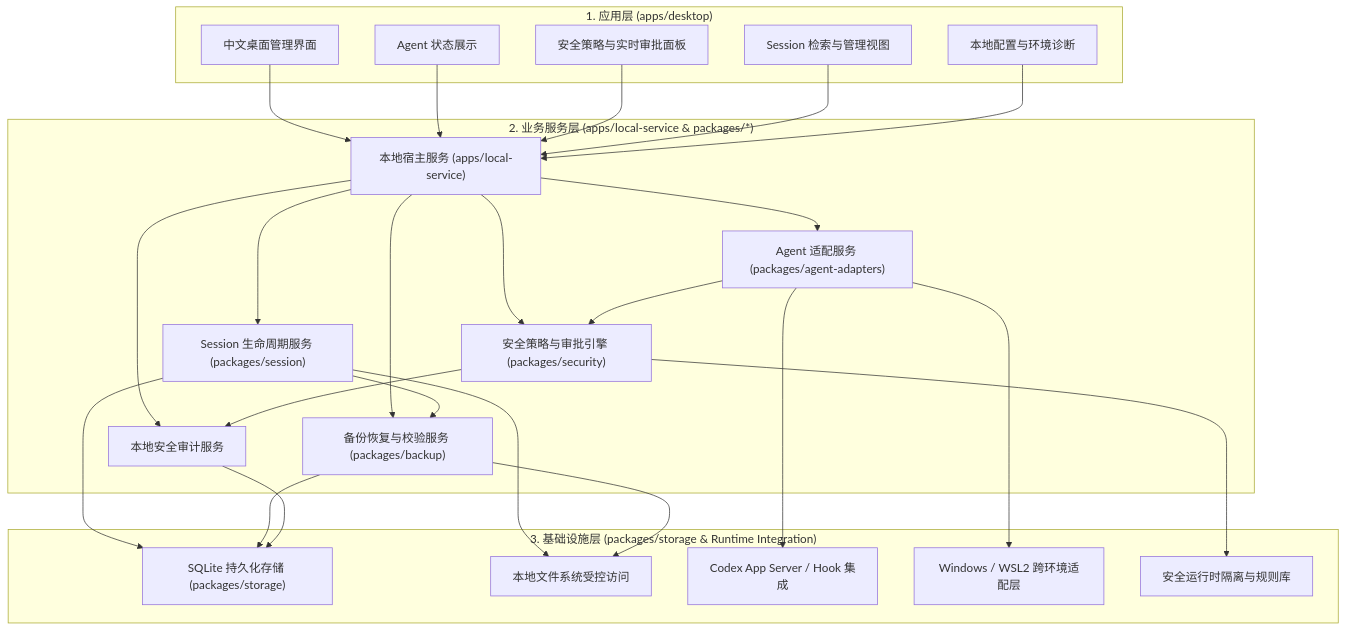
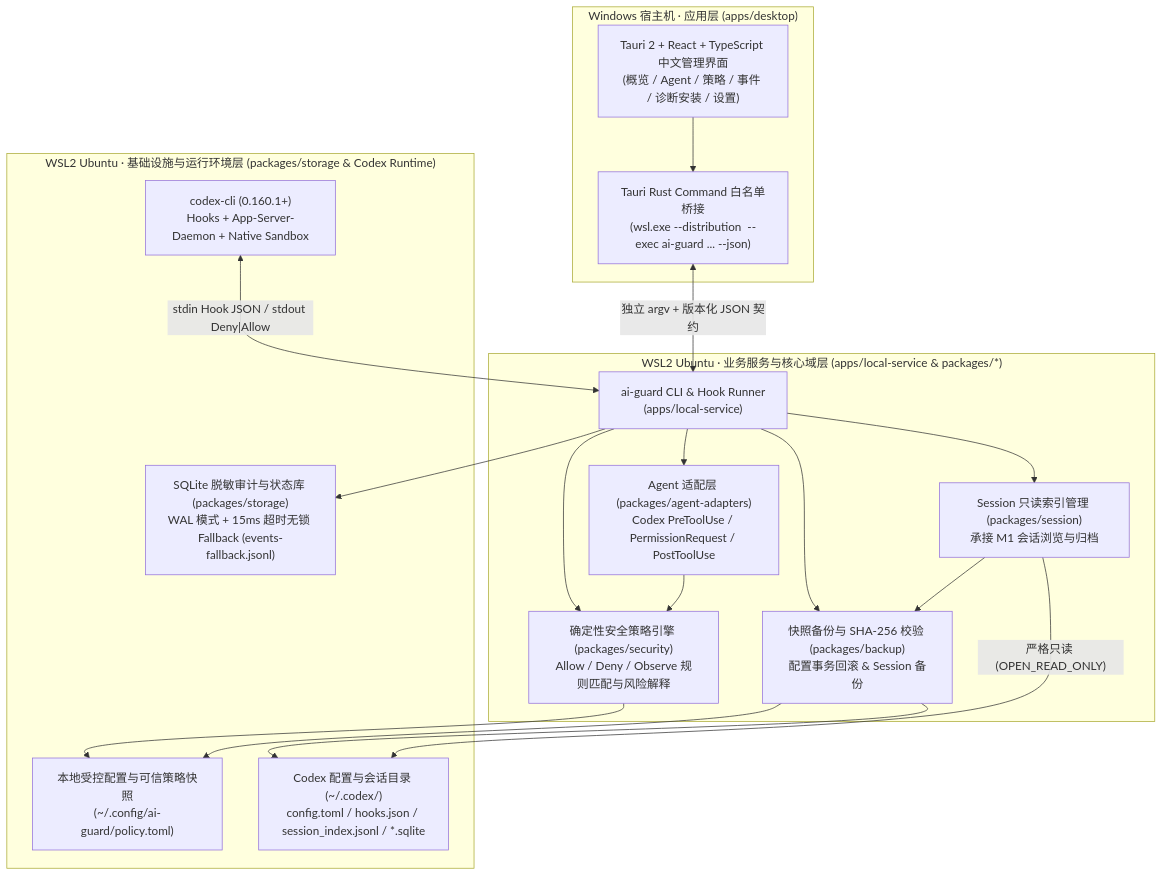
The diagram in docs/ARCHITECTURE.md (hnlikui5/ai-guard), drawn with Mermaid before and after one commit. The commit also changed other lines of this file and 4 other files, not shown here.

Commit message:
docs: sync all 6 optimization points into ARCHITECTURE.md and implementation pack

````diff
--- a/docs/ARCHITECTURE.md
+++ b/docs/ARCHITECTURE.md
@@ -21,52 +24,38 @@
 ```mermaid
 flowchart TD
-    subgraph AppLayer["1. 应用层 (apps/desktop)"]
-        UI["中文桌面管理界面"]
-        StatusView["Agent 状态展示"]
-        SecConsole["安全策略与实时审批面板"]
-        SessionView["Session 检索与管理视图"]
-        ConfigView["本地配置与环境诊断"]
+    subgraph WinHost["Windows 宿主机 · 应用层 (apps/desktop)"]
+        UI["Tauri 2 + React + TypeScript 中文管理界面\n(概览 / Agent / 策略 / 事件 / 诊断安装 / 设置)"]
+        Bridge["Tauri Rust Command 白名单桥接\n(wsl.exe --distribution <distro> --exec ai-guard ... --json)"]
+        UI --> Bridge
     end
 
-    subgraph ServiceLayer["2. 业务服务层 (apps/local-service & packages/*)"]
-        LocalHost["本地宿主服务 (apps/local-service)"]
-        AdapterSvc["Agent 适配服务 (packages/agent-adapters)"]
-        SecuritySvc["安全策略与审批引擎 (packages/security)"]
-        SessionSvc["Session 生命周期服务 (packages/session)"]
-        BackupSvc["备份恢复与校验服务 (packages/backup)"]
-        AuditSvc["本地安全审计服务"]
+    subgraph WSL2Env["WSL2 Ubuntu · 业务服务与核心域层 (apps/local-service & packages/*)"]
+        CLI["ai-guard CLI & Hook Runner\n(apps/local-service)"]
+        Adapter["Agent 适配层 (packages/agent-adapters)\nCodex PreToolUse / PermissionRequest / PostToolUse"]
+        SecEngine["确定性安全策略引擎 (packages/security)\nAllow / Deny / Observe 规则匹配与风险解释"]
+        BackupMgr["快照备份与 SHA-256 校验 (packages/backup)\n配置事务回滚 & Session 备份"]
+        SessionMgr["Session 只读索引管理 (packages/session)\n承接 M1 会话浏览与归档"]
     end
 
-    subgraph InfraLayer["3. 基础设施层 (packages/storage & Runtime Integration)"]
-        SQLiteStore["SQLite 持久化存储 (packages/storage)"]
-        LocalFS["本地文件系统受控访问"]
-        CodexIntegration["Codex App Server / Hook 集成"]
-        WSLBridge["Windows / WSL2 跨环境适配层"]
-        SecRuntime["安全运行时隔离与规则库"]
+    subgraph InfraLayer["WSL2 Ubuntu · 基础设施与运行环境层 (packages/storage & Codex Runtime)"]
+        CodexCLI["codex-cli (0.160.1+)\nHooks + App-Server-Daemon + Native Sandbox"]
+        SQLiteStore["SQLite 脱敏审计与状态库 (packages/storage)\nWAL 模式 + 15ms 超时无锁 Fallback (events-fallback.jsonl)"]
+        PolicyFS["本地受控配置与可信策略快照\n(~/.config/ai-guard/policy.toml)"]
+        CodexHome["Codex 配置与会话目录 (~/.codex/)\nconfig.toml / hooks.json / session_index.jsonl / *.sqlite"]
     end
 
-    UI --> LocalHost
-    StatusView --> LocalHost
-    SecConsole --> LocalHost
-    SessionView --> LocalHost
-    ConfigView --> LocalHost
+    Bridge <-->|"独立 argv + 版本化 JSON 契约"| CLI
+    CodexCLI <-->|"stdin Hook JSON / stdout Deny|Allow"| CLI
+    CLI --> Adapter
+    CLI --> SecEngine
+    CLI --> BackupMgr
+    CLI --> SessionMgr
 
-    LocalHost --> AdapterSvc
-    LocalHost --> SecuritySvc
-    LocalHost --> SessionSvc
-    LocalHost --> BackupSvc
-    LocalHost --> AuditSvc
-
-    AdapterSvc --> SecuritySvc
-    SessionSvc --> BackupSvc
-    SecuritySvc --> AuditSvc
-
-    AdapterSvc --> CodexIntegration
-    AdapterSvc --> WSLBridge
-    SecuritySvc --> SecRuntime
-    SessionSvc --> SQLiteStore
-    SessionSvc --> LocalFS
-    BackupSvc --> LocalFS
-    BackupSvc --> SQLiteStore
-    AuditSvc --> SQLiteStore
+    Adapter --> SecEngine
+    SecEngine --> PolicyFS
+    CLI --> SQLiteStore
+    BackupMgr --> CodexHome
+    BackupMgr --> PolicyFS
+    SessionMgr -->|"严格只读 (OPEN_READ_ONLY)"| CodexHome
+    SessionMgr --> BackupMgr
 ```
````
